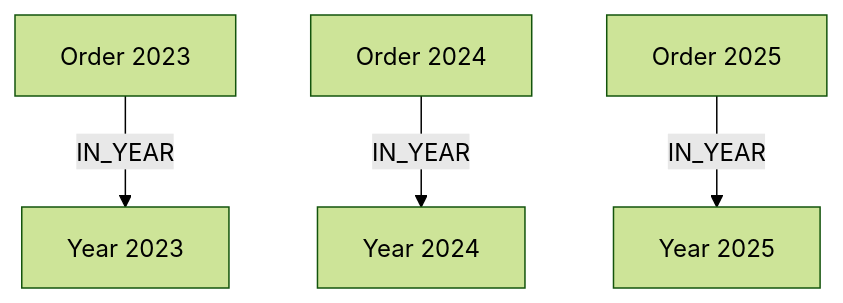
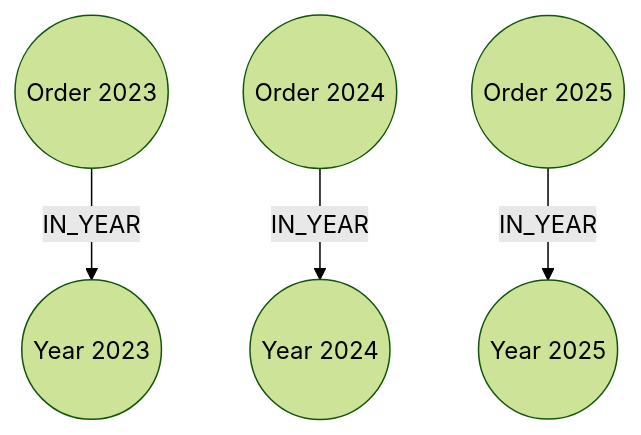
Before and after one commit to neo4j-graphacademy/courses: diagram 13 of 13 in asciidoc/courses/workshop-importing/modules/2-data-modeling/lessons/7-refactoring/lesson.adoc, drawn with Mermaid (forest theme). The commit also changed other lines of this file and 15 other files, not shown here.

````diff
--- a/asciidoc/courses/workshop-importing/modules/2-data-modeling/lessons/7-refactoring/lesson.adoc
+++ b/asciidoc/courses/workshop-importing/modules/2-data-modeling/lessons/7-refactoring/lesson.adoc
@@ -261,6 +261,6 @@
 ```mermaid
 graph TB
-    A[Order 2023] -->|IN_YEAR| B[Year 2023]
-    C[Order 2024] -->|IN_YEAR| D[Year 2024]
-    E[Order 2025] -->|IN_YEAR| F[Year 2025]
+    A((Order 2023)) -->|IN_YEAR| B((Year 2023))
+    C((Order 2024)) -->|IN_YEAR| D((Year 2024))
+    E((Order 2025)) -->|IN_YEAR| F((Year 2025))
 ```
````
